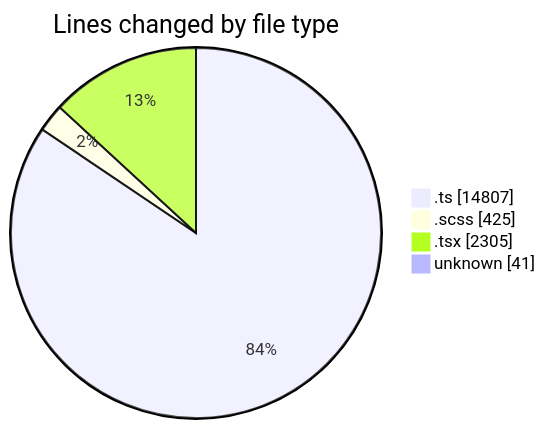
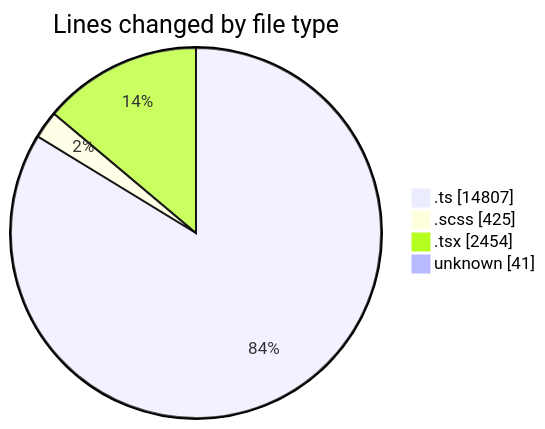
Before and after one commit to momahboobian/code-tracking: the first of 2 diagrams in 2025-08-27/cda/README.md, drawn with Mermaid. The commit also changed other lines of this file and 1 other file, not shown here.

````diff
--- a/2025-08-27/cda/README.md
+++ b/2025-08-27/cda/README.md
@@ -34,8 +35,8 @@
 ```mermaid
 pie showData
 title Lines changed by file type
 ".ts" : 14807
 ".scss" : 425
-".tsx" : 2305
+".tsx" : 2454
 "unknown" : 41
 ```
````
